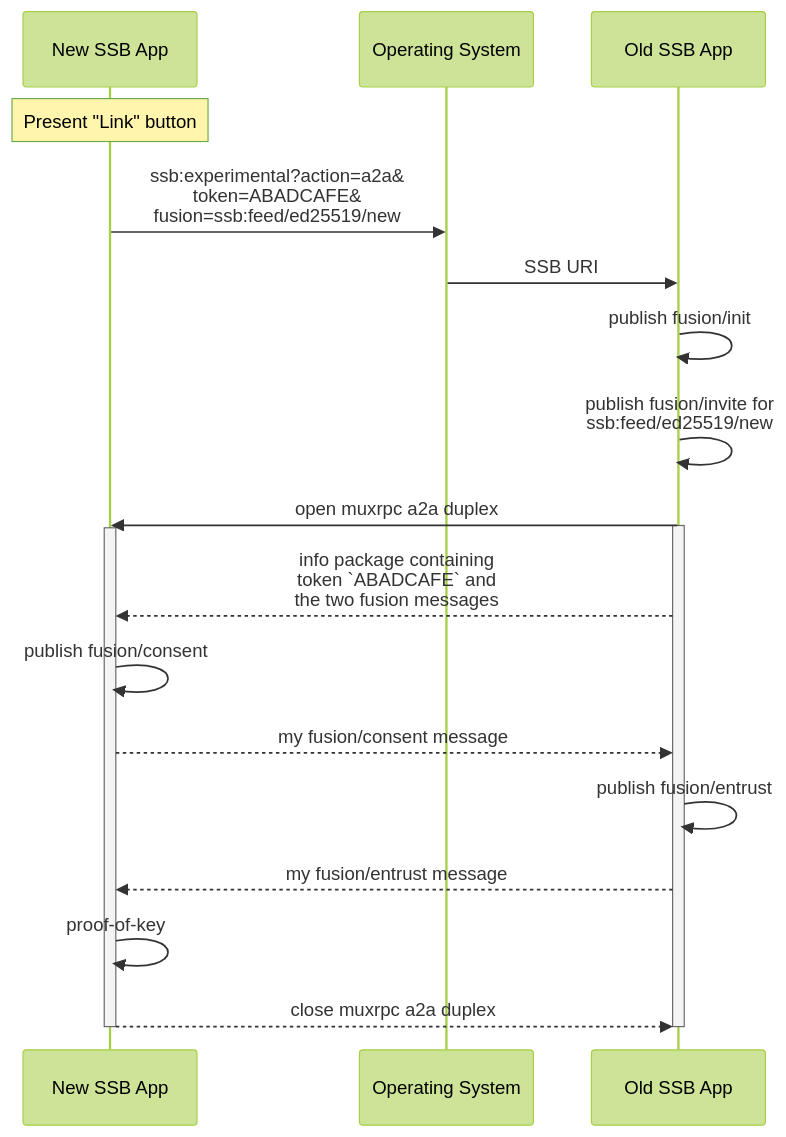
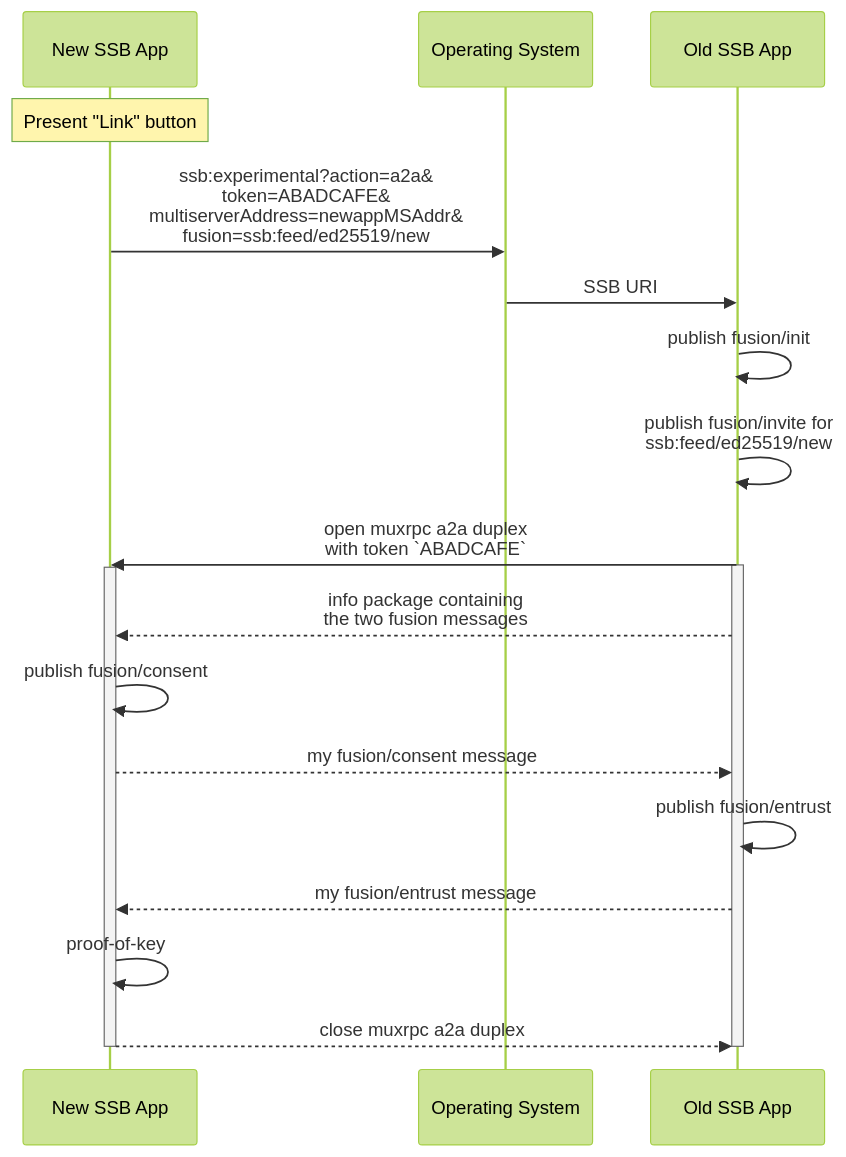
One commit to ssb-ngi-pointer/a2a-spec-archived changed the third of 3 diagrams in Examples.md. Above: the diagram before and after it, drawn with Mermaid (forest theme). The commit also changed other lines of this file and 3 other files, not shown here.

Commit message:
a2a duplex needs an argument, the token

````diff
--- a/Examples.md
+++ b/Examples.md
@@ -58,24 +58,24 @@
 ```mermaid
 sequenceDiagram
   participant new as New SSB App
   participant os as Operating System
   participant old as Old SSB App
 
   Note over new: Present "Link" button
-  new->>os: ssb:experimental?action=a2a&<br/>token=ABADCAFE&<br/>fusion=ssb:feed/ed25519/new
+  new->>os: ssb:experimental?action=a2a&<br/>token=ABADCAFE&<br/>multiserverAddress=newappMSAddr&<br/>fusion=ssb:feed/ed25519/new
   os->>old: SSB URI
   old->>old: publish fusion/init
   old->>old: publish fusion/invite for<br/>ssb:feed/ed25519/new
-  old->>new: open muxrpc a2a duplex
+  old->>new: open muxrpc a2a duplex<br/>with token `ABADCAFE`
   activate old
   activate new
-  old-->>new: info package containing<br />token `ABADCAFE` and<br/>the two fusion messages
+  old-->>new: info package containing<br />the two fusion messages
   new->>new: publish fusion/consent
   new-->>old: my fusion/consent message
   old->>old: publish fusion/entrust
   old-->>new: my fusion/entrust message
   new->>new: proof-of-key
   new-->>old: close muxrpc a2a duplex
   deactivate new
   deactivate old
 ```
````
